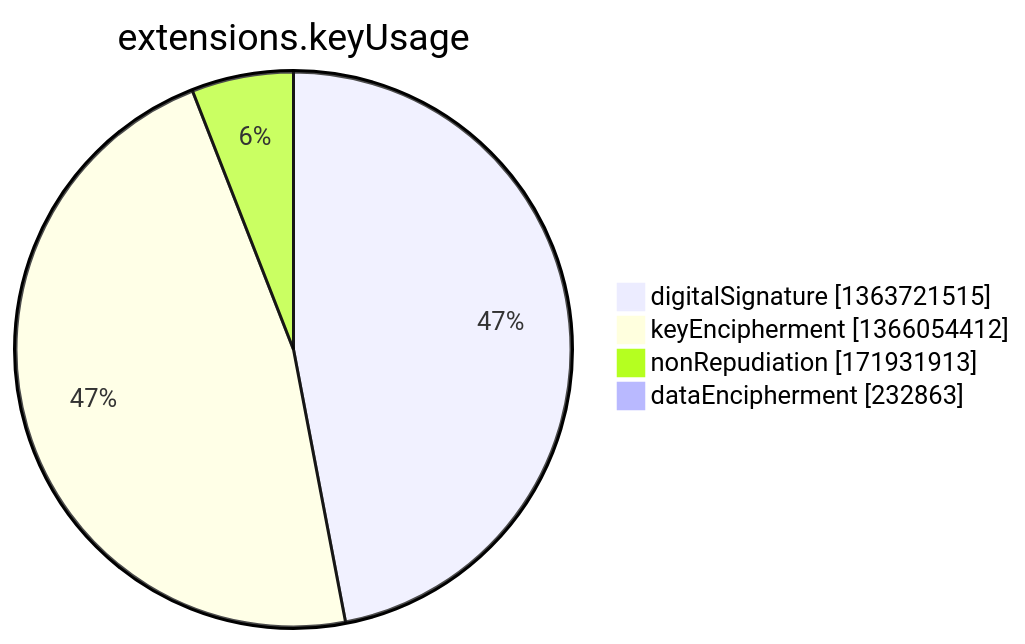
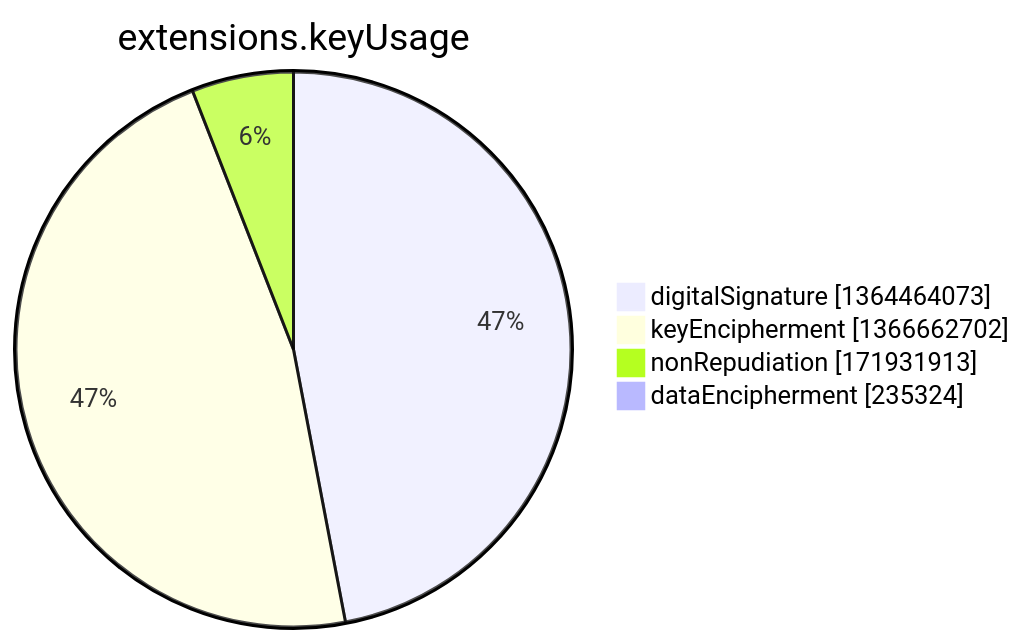
Before and after one commit to christiankrug/ctmonitor_visualization: the seventh of 15 diagrams in argon2022/README.md, drawn with Mermaid. The commit also changed other lines of this file, not shown here.

````diff
--- a/argon2022/README.md
+++ b/argon2022/README.md
@@ -2751,8 +2751,8 @@
 ```mermaid
 pie showData
 title extensions.keyUsage
-"digitalSignature" :1363721515
-"keyEncipherment" :1366054412
+"digitalSignature" :1364464073
+"keyEncipherment" :1366662702
 "nonRepudiation" :171931913
-"dataEncipherment" :232863
+"dataEncipherment" :235324
 ```
````
